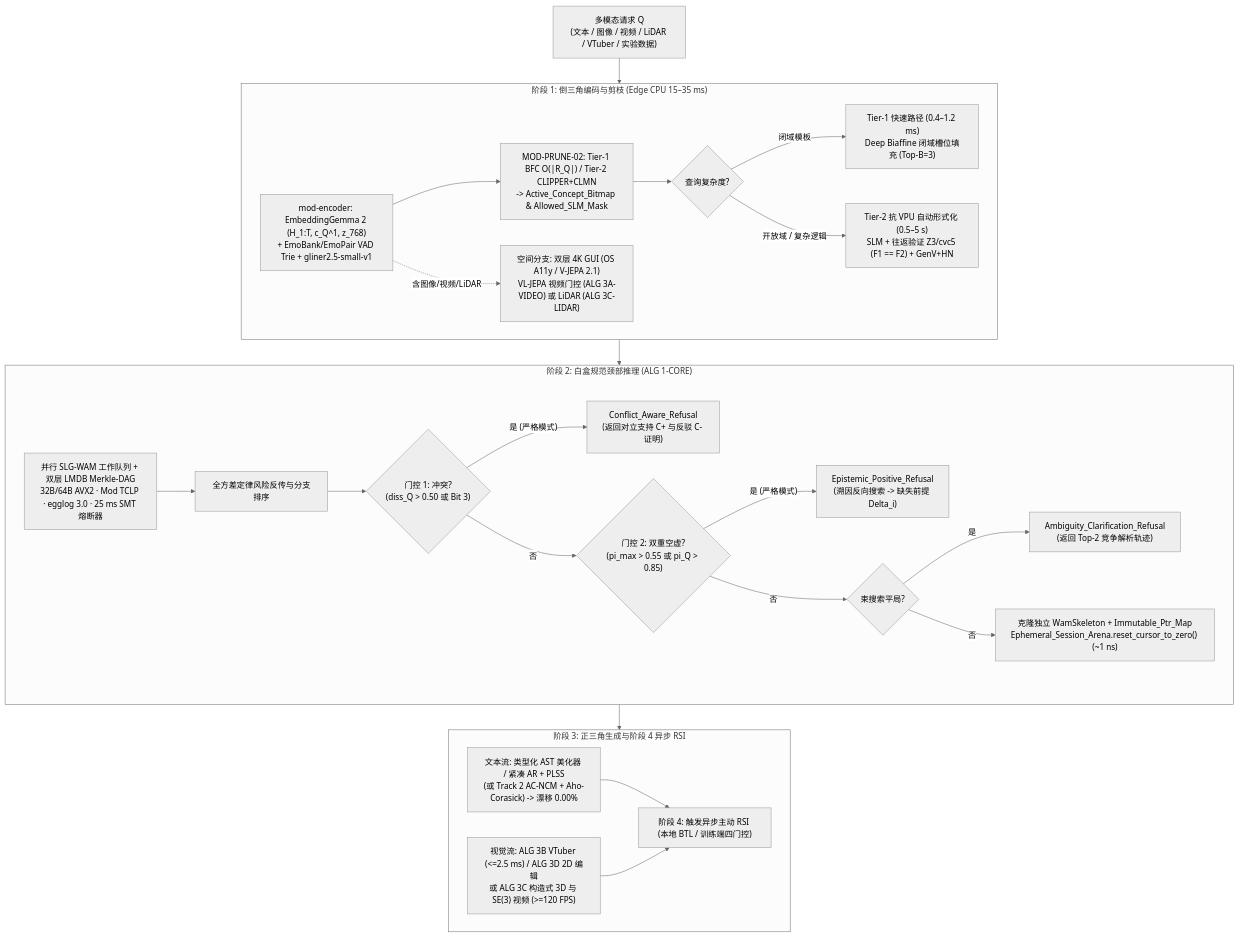
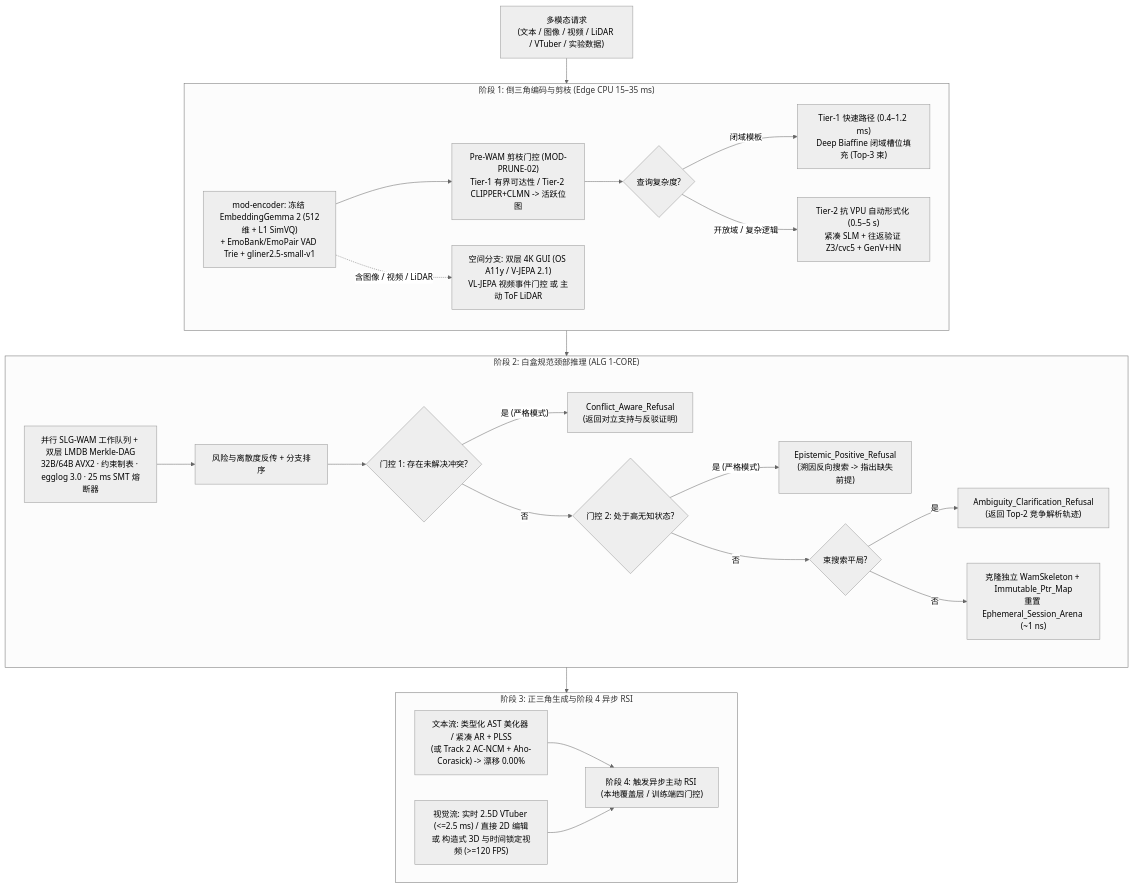
Diagram 14 of 16 in README.md (vuhoangquanhoctap-glitch/Takuma-1-Trinity), drawn with Mermaid (neutral theme) before and after one commit. The commit also changed other lines of this file, not shown here.

````diff
--- a/README.md
+++ b/README.md
@@ -1010,49 +1058,49 @@
 ```mermaid
 flowchart TD
-    REQ["多模态请求 Q<br/>(文本 / 图像 / 视频 / LiDAR / VTuber / 实验数据)"] --> ST1
+    REQ["多模态请求<br/>(文本 / 图像 / 视频 / LiDAR / VTuber / 实验数据)"] --> ST1
 
     subgraph ST1["阶段 1: 倒三角编码与剪枝 (Edge CPU 15–35 ms)"]
-        E1["mod-encoder: EmbeddingGemma 2 (H_1:T, c_Q^1, z_768)<br/>+ EmoBank/EmoPair VAD Trie + gliner2.5-small-v1"]
-        E2["MOD-PRUNE-02: Tier-1 BFC O(|R_Q|) / Tier-2 CLIPPER+CLMN<br/>-> Active_Concept_Bitmap & Allowed_SLM_Mask"]
+        E1["mod-encoder: 冻结 EmbeddingGemma 2 (512维 + L1 SimVQ)<br/>+ EmoBank/EmoPair VAD Trie + gliner2.5-small-v1"]
+        E2["Pre-WAM 剪枝门控 (MOD-PRUNE-02)<br/>Tier-1 有界可达性 / Tier-2 CLIPPER+CLMN -> 活跃位图"]
         E3{"查询复杂度?"}
-        E4["Tier-1 快速路径 (0.4–1.2 ms)<br/>Deep Biaffine 闭域槽位填充 (Top-B=3)"]
-        E5["Tier-2 抗 VPU 自动形式化 (0.5–5 s)<br/>SLM + 往返验证 Z3/cvc5 (F1 == F2) + GenV+HN"]
-        E6["空间分支: 双层 4K GUI (OS A11y / V-JEPA 2.1)<br/>VL-JEPA 视频门控 (ALG 3A-VIDEO) 或 LiDAR (ALG 3C-LIDAR)"]
+        E4["Tier-1 快速路径 (0.4–1.2 ms)<br/>Deep Biaffine 闭域槽位填充 (Top-3 束)"]
+        E5["Tier-2 抗 VPU 自动形式化 (0.5–5 s)<br/>紧凑 SLM + 往返验证 Z3/cvc5 + GenV+HN"]
+        E6["空间分支: 双层 4K GUI (OS A11y / V-JEPA 2.1)<br/>VL-JEPA 视频事件门控 或 主动 ToF LiDAR"]
         E1 --> E2 --> E3
         E3 -- "闭域模板" --> E4
         E3 -- "开放域 / 复杂逻辑" --> E5
-        E1 -. "含图像/视频/LiDAR" .-> E6
+        E1 -. "含图像 / 视频 / LiDAR" .-> E6
     end
 
     ST1 --> ST2
 
     subgraph ST2["阶段 2: 白盒规范颈部推理 (ALG 1-CORE)"]
-        W1["并行 SLG-WAM 工作队列 + 双层 LMDB Merkle-DAG<br/>32B/64B AVX2 · Mod TCLP · egglog 3.0 · 25 ms SMT 熔断器"]
-        W2["全方差定律风险反传与分支排序"]
-        G1{"门控 1: 冲突?<br/>(diss_Q > 0.50 或 Bit 3)"}
-        G2{"门控 2: 双重空虚?<br/>(pi_max > 0.55 或 pi_Q > 0.85)"}
+        W1["并行 SLG-WAM 工作队列 + 双层 LMDB Merkle-DAG<br/>32B/64B AVX2 · 约束制表 · egglog 3.0 · 25 ms SMT 熔断器"]
+        W2["风险与离散度反传 + 分支排序"]
+        G1{"门控 1: 存在未解决冲突?"}
+        G2{"门控 2: 处于高无知状态?"}
         G3{"束搜索平局?"}
-        R1["Conflict_Aware_Refusal<br/>(返回对立支持 C+ 与反驳 C- 证明)"]
-        R2["Epistemic_Positive_Refusal<br/>(溯因反向搜索 -> 缺失前提 Delta_i)"]
+        R1["Conflict_Aware_Refusal<br/>(返回对立支持与反驳证明)"]
+        R2["Epistemic_Positive_Refusal<br/>(溯因反向搜索 -> 指出缺失前提)"]
         R3["Ambiguity_Clarification_Refusal<br/>(返回 Top-2 竞争解析轨迹)"]
-        SKEL["克隆独立 WamSkeleton + Immutable_Ptr_Map<br/>Ephemeral_Session_Arena.reset_cursor_to_zero() (~1 ns)"]
+        SKEL["克隆独立 WamSkeleton + Immutable_Ptr_Map<br/>重置 Ephemeral_Session_Arena (~1 ns)"]
 
         W1 --> W2 --> G1
         G1 -- "是 (严格模式)" --> R1
         G1 -- "否" --> G2
         G2 -- "是 (严格模式)" --> R2
         G2 -- "否" --> G3
         G3 -- "是" --> R3
         G3 -- "否" --> SKEL
     end
 
     ST2 --> ST3
 
     subgraph ST3["阶段 3: 正三角生成与阶段 4 异步 RSI"]
         T1["文本流: 类型化 AST 美化器 / 紧凑 AR + PLSS<br/>(或 Track 2 AC-NCM + Aho-Corasick) -> 漂移 0.00%"]
-        V1["视觉流: ALG 3B VTuber (<=2.5 ms) / ALG 3D 2D 编辑<br/>或 ALG 3C 构造式 3D 与 SE(3) 视频 (>=120 FPS)"]
-        RSI["阶段 4: 触发异步主动 RSI (本地 BTL / 训练端四门控)"]
+        V1["视觉流: 实时 2.5D VTuber (<=2.5 ms) / 直接 2D 编辑<br/>或 构造式 3D 与时间锁定视频 (>=120 FPS)"]
+        RSI["阶段 4: 触发异步主动 RSI (本地覆盖层 / 训练端四门控)"]
         T1 --> RSI
         V1 --> RSI
     end
 ```
````
